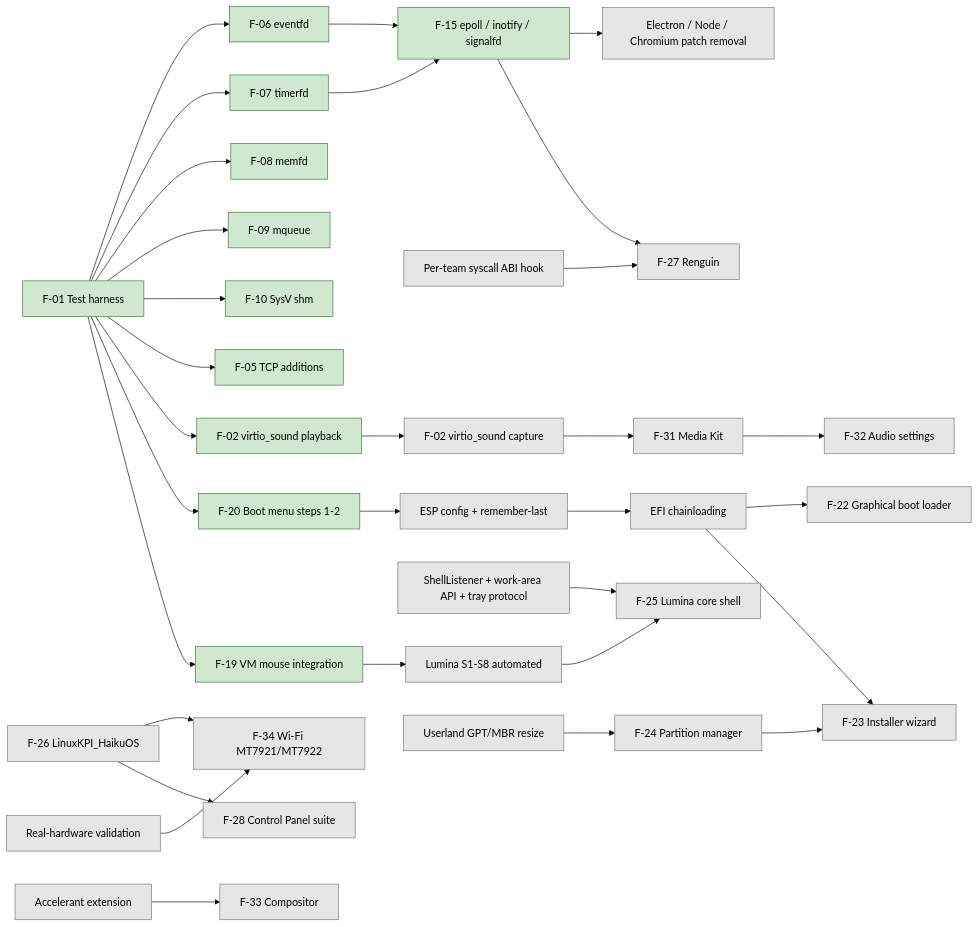
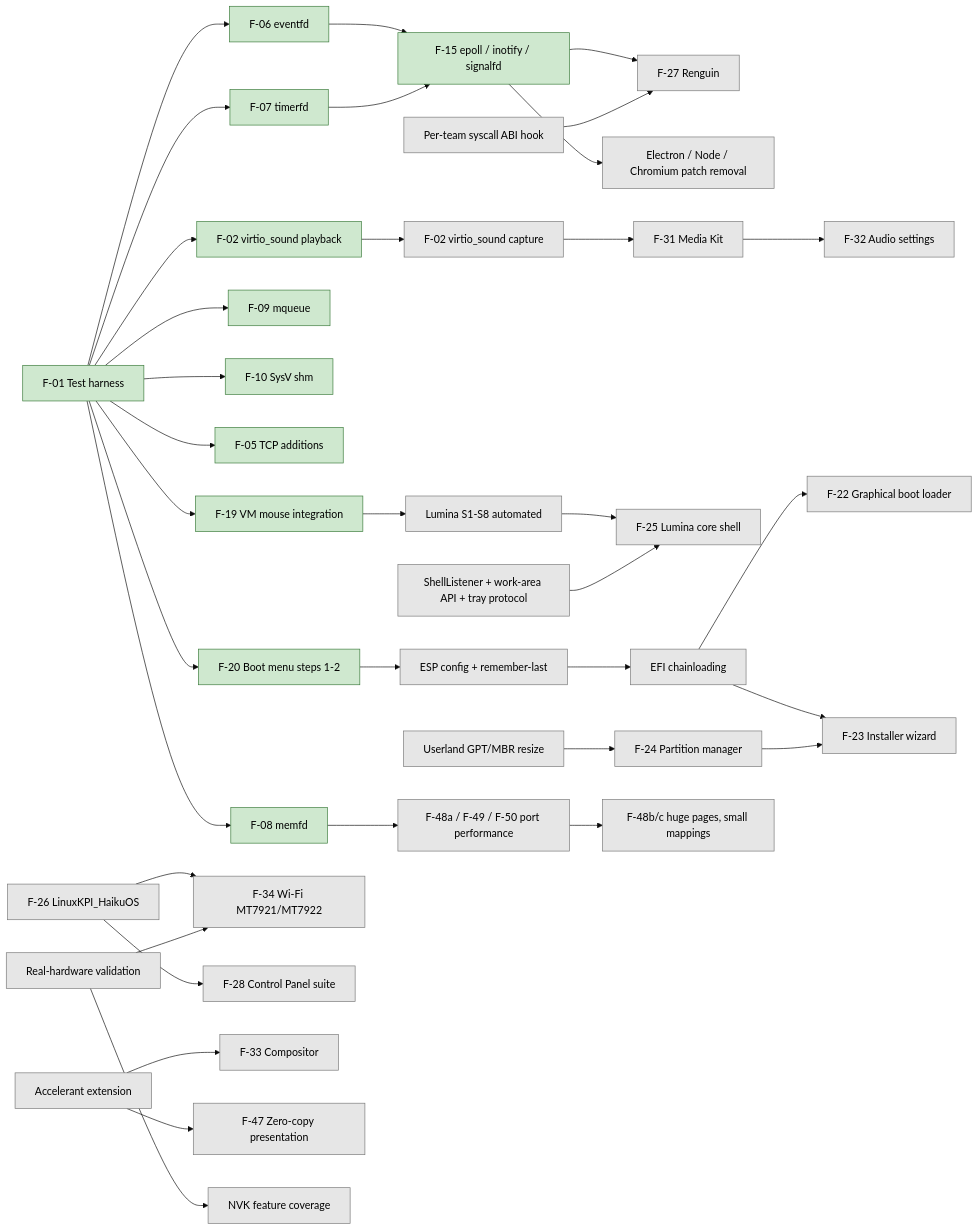
One commit to Techniix/haiku changed the diagram in RENGA_MASTER_ROADMAP.md. Above: the diagram before and after it, drawn with Mermaid (base theme). The commit also changed other lines of this file and 1 other file, not shown here.

````diff
--- a/RENGA_MASTER_ROADMAP.md
+++ b/RENGA_MASTER_ROADMAP.md
@@ -1539,56 +1653,64 @@
 ```mermaid
 graph LR
   classDef done fill:#cfe8cf,stroke:#3a7a3a,color:#000;
   classDef dev fill:#fff1b8,stroke:#a08000,color:#000;
   classDef todo fill:#e6e6e6,stroke:#777,color:#000;
 
   H[F-01 Test harness]:::done
   EFD[F-06 eventfd]:::done
   TFD[F-07 timerfd]:::done
   MFD[F-08 memfd]:::done
   MQ[F-09 mqueue]:::done
   SHM[F-10 SysV shm]:::done
   TCP[F-05 TCP additions]:::done
   VSND[F-02 virtio_sound playback]:::done
   MOUSE[F-19 VM mouse integration]:::done
   EPOLL[F-15 epoll / inotify / signalfd]:::done
   ABI[Per-team syscall ABI hook]:::todo
   REN[F-27 Renguin]:::todo
   ELEC[Electron / Node / Chromium patch removal]:::todo
   CAP[F-02 virtio_sound capture]:::todo
   MEDIA[F-31 Media Kit]:::todo
   AUD[F-32 Audio settings]:::todo
   S18[Lumina S1-S8 automated]:::todo
   LUM[F-25 Lumina core shell]:::todo
   SHELL[ShellListener + work-area API + tray protocol]:::todo
   BOOT[F-20 Boot menu steps 1-2]:::done
   ESP[ESP config + remember-last]:::todo
   CHAIN[EFI chainloading]:::todo
   GBOOT[F-22 Graphical boot loader]:::todo
   RESIZE[Userland GPT/MBR resize]:::todo
   PART[F-24 Partition manager]:::todo
   INST[F-23 Installer wizard]:::todo
   KPI[F-26 LinuxKPI_HaikuOS]:::todo
   WIFI[F-34 Wi-Fi MT7921/MT7922]:::todo
   CP[F-28 Control Panel suite]:::todo
   ACC[Accelerant extension]:::todo
   COMP[F-33 Compositor]:::todo
   HW[Real-hardware validation]:::todo
+  ZC[F-47 Zero-copy presentation]:::todo
+  NVK[NVK feature coverage]:::todo
+  PERF[F-48a / F-49 / F-50 port performance]:::todo
+  VM[F-48b/c huge pages, small mappings]:::todo
 
   H --> EFD & TFD & MFD & MQ & SHM & TCP & VSND & BOOT & MOUSE
   EFD --> EPOLL
   TFD --> EPOLL
   EPOLL --> ELEC
   EPOLL --> REN
   ABI --> REN
   VSND --> CAP --> MEDIA --> AUD
   MOUSE --> S18 --> LUM
   SHELL --> LUM
   BOOT --> ESP --> CHAIN --> GBOOT
   CHAIN --> INST
   RESIZE --> PART --> INST
   KPI --> WIFI
   KPI --> CP
   ACC --> COMP
+  ACC --> ZC
+  HW --> NVK
+  MFD --> PERF
+  PERF --> VM
   HW --> WIFI
 ```
````
